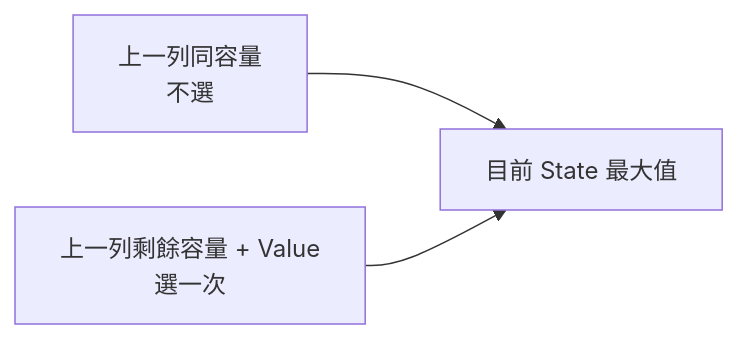
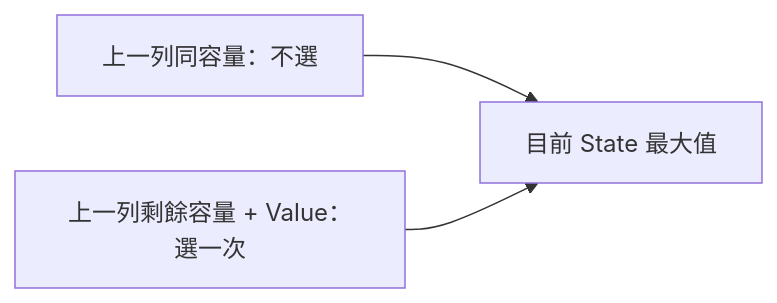
Before and after one commit to davidchen0970/algorithm_note: the third of 11 diagrams in 09_dynamic_programming/40_knapsack.md, drawn with Mermaid. The commit also changed other lines of this file and 4 other files, not shown here.

````diff
--- a/09_dynamic_programming/40_knapsack.md
+++ b/09_dynamic_programming/40_knapsack.md
@@ -61,5 +111,5 @@
 ```mermaid
 flowchart LR
-    N[上一列同容量<br/>不選] --> M[目前 State 最大值]
-    T[上一列剩餘容量 + Value<br/>選一次] --> M
+    N["上一列同容量：不選"] --> M["目前 State 最大值"]
+    T["上一列剩餘容量 + Value：選一次"] --> M
 ```
````
